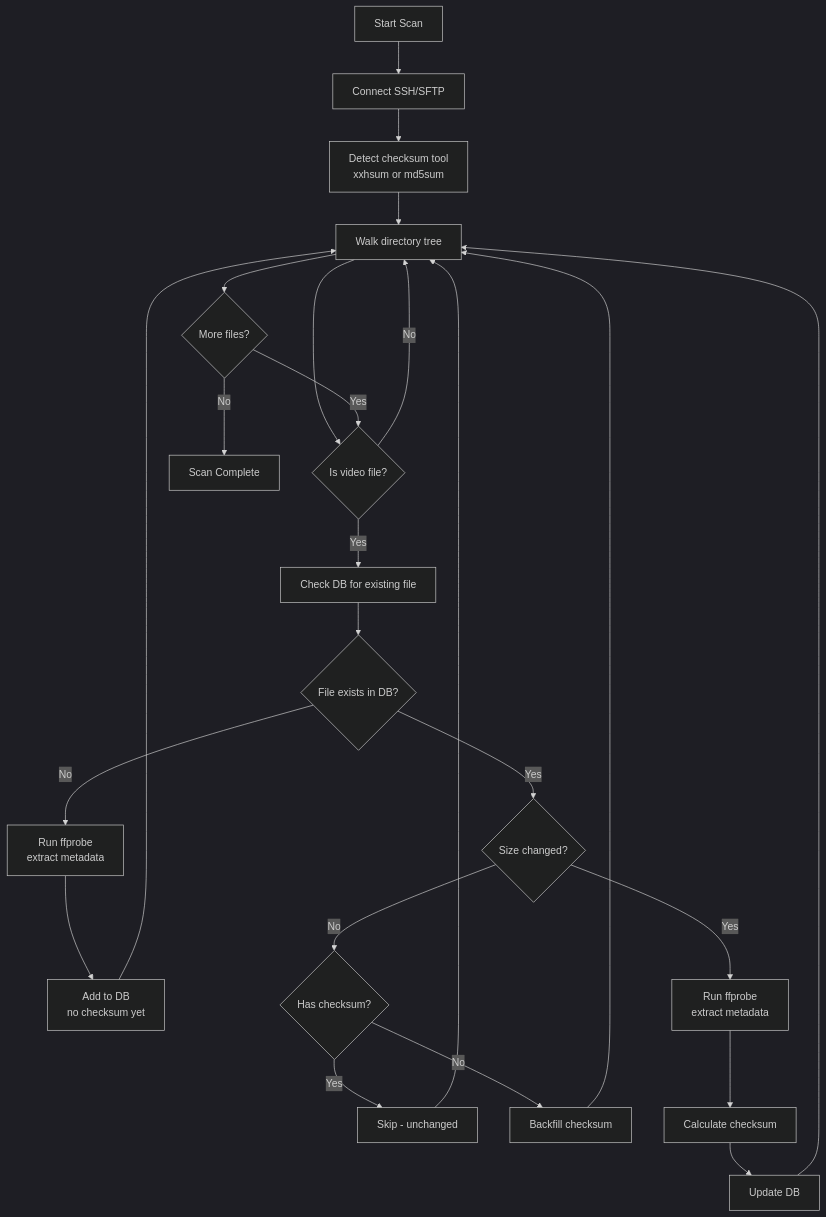
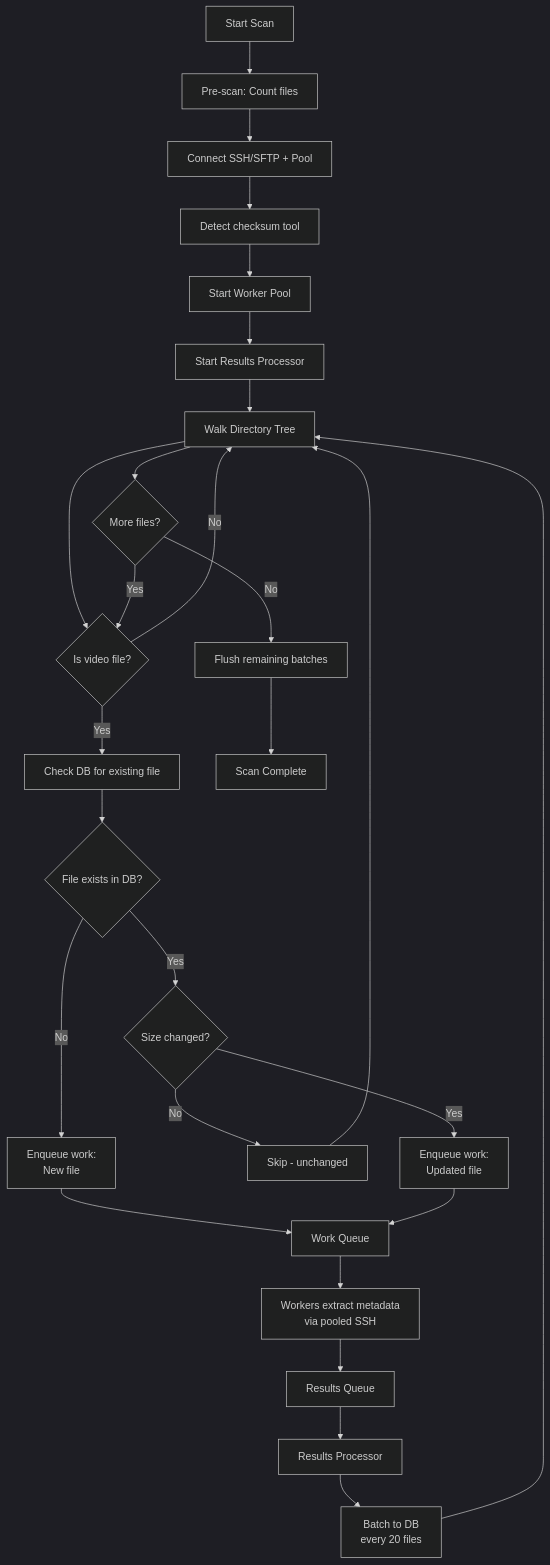
The third of 4 diagrams in docs/ARCHITECTURE.md (juanitoe/transcoder), drawn with Mermaid (dark theme) before and after one commit. The commit also changed other lines of this file and 1 other file, not shown here.

First line of the commit message:
Document parallel scanner architecture and performance optimizations

````diff
--- a/docs/ARCHITECTURE.md
+++ b/docs/ARCHITECTURE.md
@@ -164,34 +230,37 @@
 ```mermaid
 flowchart TD
-    A[Start Scan] --> B[Connect SSH/SFTP]
-    B --> C[Detect checksum tool<br/>xxhsum or md5sum]
-    C --> D[Walk directory tree]
+    A[Start Scan] --> B[Pre-scan: Count files]
+    B --> C[Connect SSH/SFTP + Pool]
+    C --> D[Detect checksum tool]
+    D --> E[Start Worker Pool]
+    E --> F[Start Results Processor]
 
-    D --> E{Is video file?}
-    E -->|No| D
-    E -->|Yes| F[Check DB for existing file]
+    F --> G[Walk Directory Tree]
+    G --> H{Is video file?}
+    H -->|No| G
+    H -->|Yes| I[Check DB for existing file]
 
-    F --> G{File exists in DB?}
+    I --> J{File exists in DB?}
 
-    G -->|No| H[Run ffprobe<br/>extract metadata]
-    H --> I[Add to DB<br/>no checksum yet]
-    I --> D
+    J -->|No| K[Enqueue work:<br/>New file]
+    J -->|Yes| L{Size changed?}
+    L -->|No| M[Skip - unchanged]
+    L -->|Yes| N[Enqueue work:<br/>Updated file]
 
-    G -->|Yes| J{Size changed?}
+    K --> O[Work Queue]
+    N --> O
 
-    J -->|No| K{Has checksum?}
-    K -->|Yes| L[Skip - unchanged]
-    L --> D
+    O --> P[Workers extract metadata<br/>via pooled SSH]
+    P --> Q[Results Queue]
 
-    K -->|No| M[Backfill checksum]
-    M --> D
+    Q --> R[Results Processor]
+    R --> S[Batch to DB<br/>every 20 files]
 
-    J -->|Yes| N[Run ffprobe<br/>extract metadata]
-    N --> O[Calculate checksum]
-    O --> P[Update DB]
-    P --> D
+    M --> G
+    S --> G
 
-    D --> Q{More files?}
-    Q -->|Yes| E
-    Q -->|No| R[Scan Complete]
+    G --> T{More files?}
+    T -->|Yes| H
+    T -->|No| U[Flush remaining batches]
+    U --> V[Scan Complete]
 ```
````
